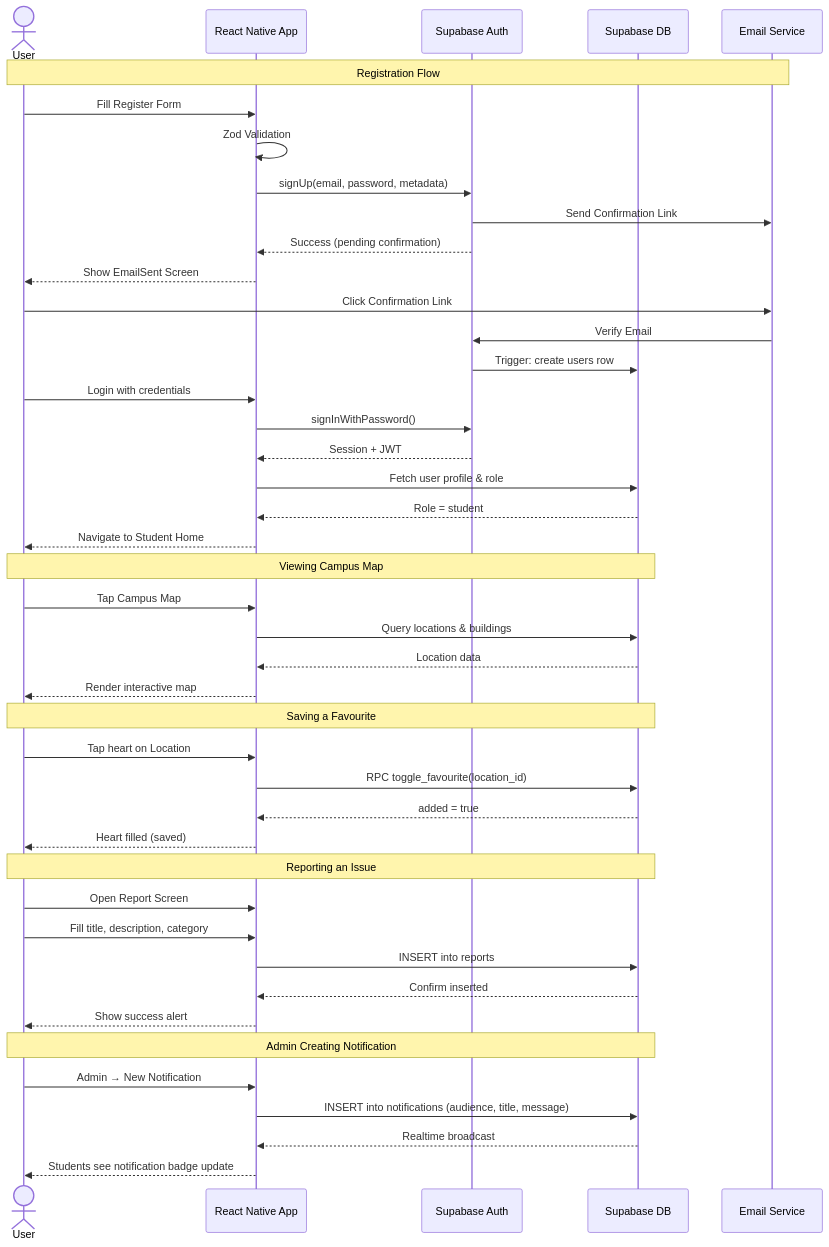
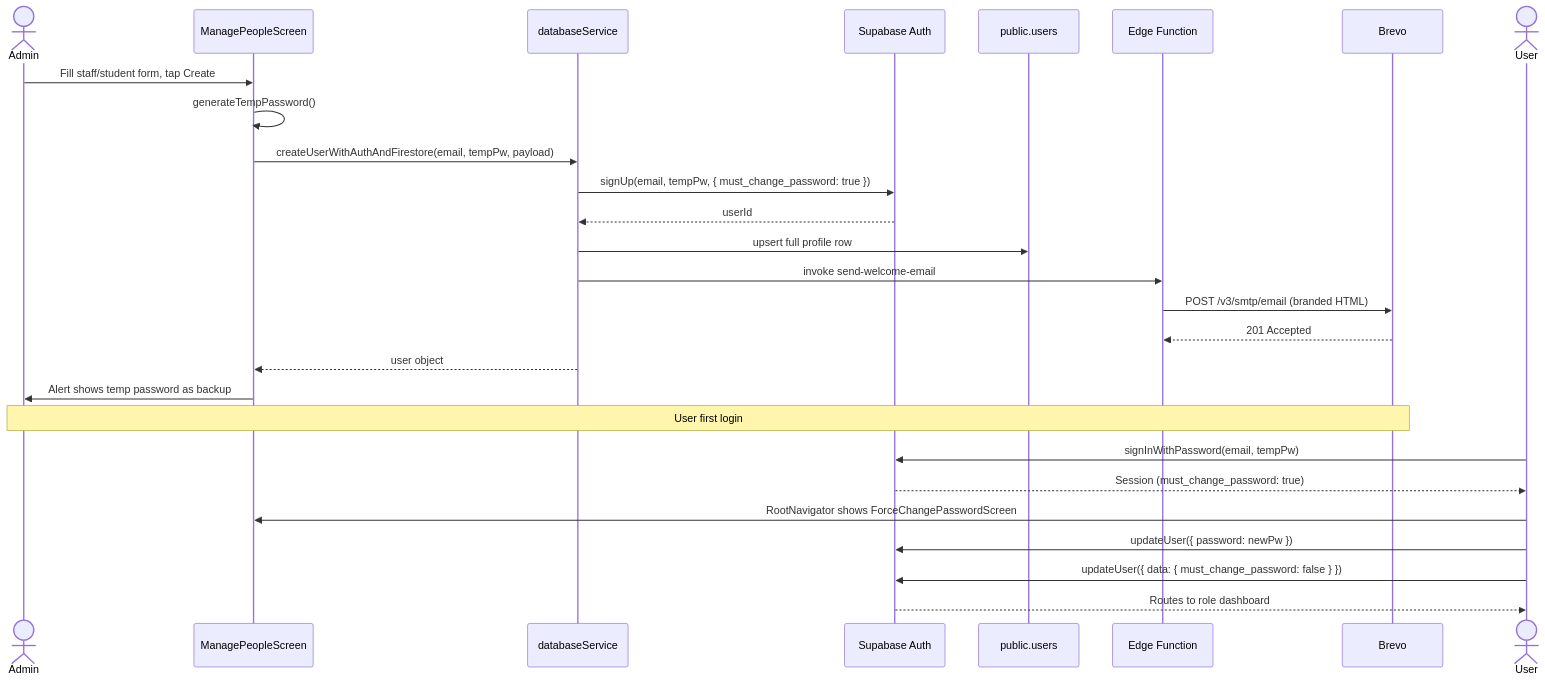
The fourth of 8 diagrams in README.md (Jlekan3/CampusUpdate), drawn with Mermaid before and after one commit. The commit also changed other lines of this file, not shown here.

First line of the commit message:
docs: full README rewrite — complete system function + current tech stack

````diff
--- a/README.md
+++ b/README.md
@@ -150,50 +209,31 @@
 ```mermaid
 sequenceDiagram
-    actor U as User
-    participant App as React Native App
-    participant Auth as Supabase Auth
-    participant DB as Supabase DB
-    participant Email as Email Service
+  actor Admin
+  participant Form as ManagePeopleScreen
+  participant DB as databaseService
+  participant Auth as Supabase Auth
+  participant PG as public.users
+  participant EF as Edge Function
+  participant Email as Brevo
 
-    Note over U, Email: Registration Flow
-    U->>App: Fill Register Form
-    App->>App: Zod Validation
-    App->>Auth: signUp(email, password, metadata)
-    Auth->>Email: Send Confirmation Link
-    Auth-->>App: Success (pending confirmation)
-    App-->>U: Show EmailSent Screen
-    U->>Email: Click Confirmation Link
-    Email->>Auth: Verify Email
-    Auth->>DB: Trigger: create users row
-    U->>App: Login with credentials
-    App->>Auth: signInWithPassword()
-    Auth-->>App: Session + JWT
-    App->>DB: Fetch user profile & role
-    DB-->>App: Role = student
-    App-->>U: Navigate to Student Home
+  Admin->>Form: Fill staff/student form, tap Create
+  Form->>Form: generateTempPassword()
+  Form->>DB: createUserWithAuthAndFirestore(email, tempPw, payload)
+  DB->>Auth: signUp(email, tempPw, { must_change_password: true })
+  Auth-->>DB: userId
+  DB->>PG: upsert full profile row
+  DB->>EF: invoke send-welcome-email
+  EF->>Email: POST /v3/smtp/email (branded HTML)
+  Email-->>EF: 201 Accepted
+  DB-->>Form: user object
+  Form->>Admin: Alert shows temp password as backup
 
-    Note over U, DB: Viewing Campus Map
-    U->>App: Tap Campus Map
-    App->>DB: Query locations & buildings
-    DB-->>App: Location data
-    App-->>U: Render interactive map
-
-    Note over U, DB: Saving a Favourite
-    U->>App: Tap heart on Location
-    App->>DB: RPC toggle_favourite(location_id)
-    DB-->>App: added = true
-    App-->>U: Heart filled (saved)
-
-    Note over U, DB: Reporting an Issue
-    U->>App: Open Report Screen
-    U->>App: Fill title, description, category
-    App->>DB: INSERT into reports
-    DB-->>App: Confirm inserted
-    App-->>U: Show success alert
-
-    Note over U, DB: Admin Creating Notification
-    U->>App: Admin → New Notification
-    App->>DB: INSERT into notifications (audience, title, message)
-    DB-->>App: Realtime broadcast
-    App-->>U: Students see notification badge update
+  Note over Admin,Email: User first login
+  actor User
+  User->>Auth: signInWithPassword(email, tempPw)
+  Auth-->>User: Session (must_change_password: true)
+  User->>Form: RootNavigator shows ForceChangePasswordScreen
+  User->>Auth: updateUser({ password: newPw })
+  User->>Auth: updateUser({ data: { must_change_password: false } })
+  Auth-->>User: Routes to role dashboard
 ```
````
